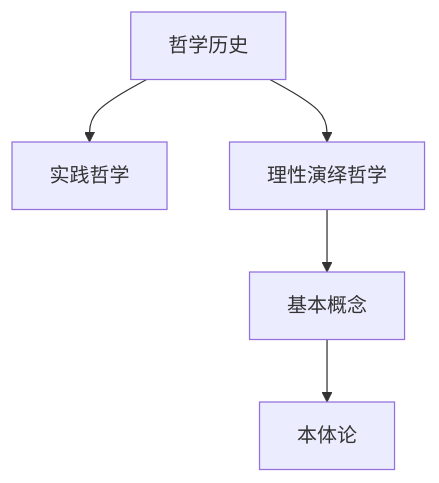
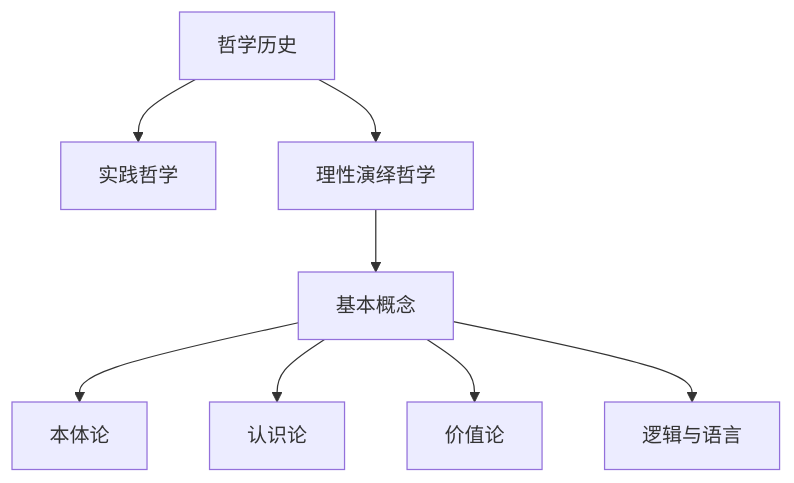
One commit to XinYong-Liu/Filosofia changed the diagram in README.md. Above: the diagram before and after it, drawn with Mermaid.

````diff
--- a/README.md
+++ b/README.md
@@ -12,7 +12,10 @@
 ```mermaid
 graph TD
   A[哲学历史] --> B[实践哲学]
   A --> C[理性演绎哲学]
   C --> D[基本概念]
   D --> E[本体论]
+  D --> F[认识论]
+  D --> G[价值论]
+  D --> H[逻辑与语言]
 ```
````
